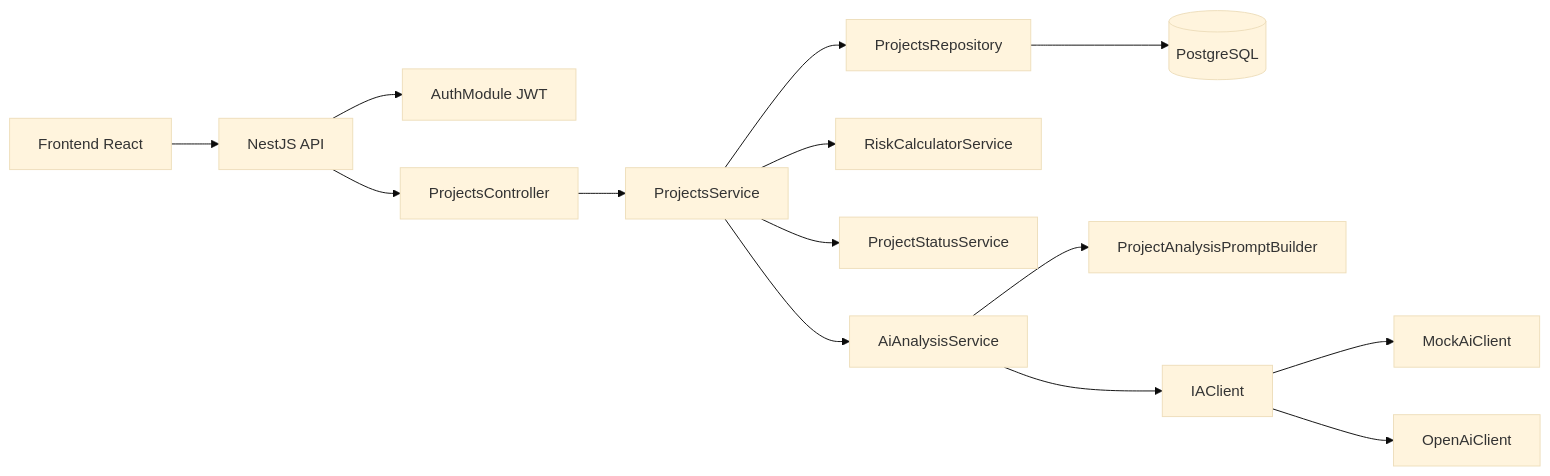
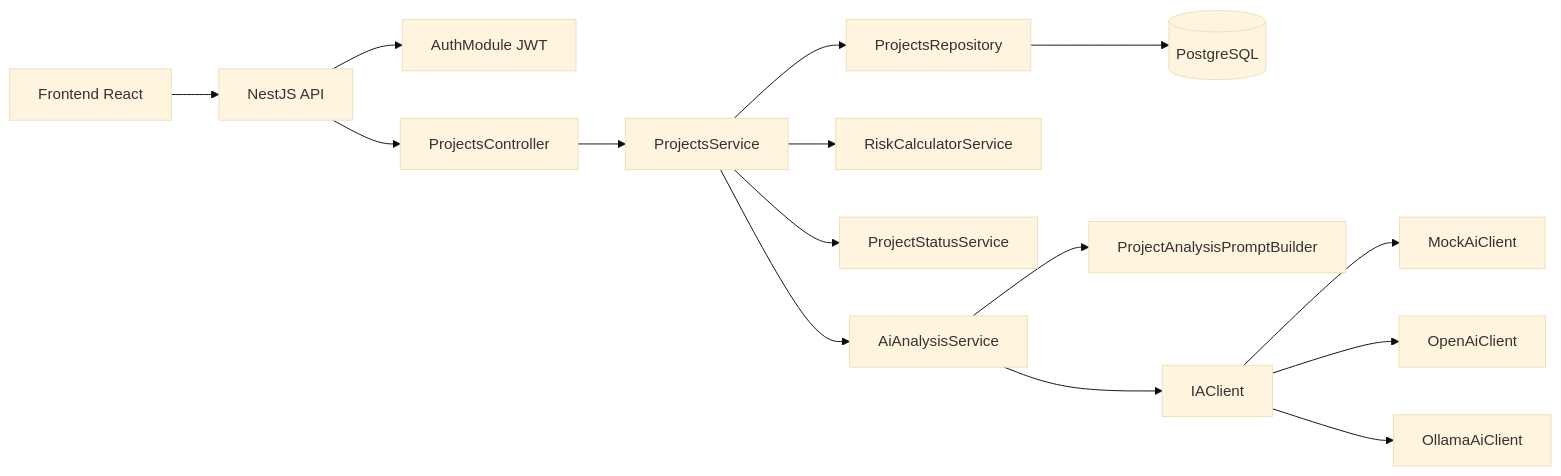
Before and after one commit to joubertgruna/ProjectFlow: the diagram in README.md, drawn with Mermaid (base theme). The commit also changed other lines of this file and 8 other files, not shown here.

````diff
--- a/README.md
+++ b/README.md
@@ -13,16 +13,17 @@
 ```mermaid
 flowchart LR
   UI[Frontend React] --> API[NestJS API]
   API --> Auth[AuthModule JWT]
   API --> Controller[ProjectsController]
   Controller --> Service[ProjectsService]
   Service --> Repo[ProjectsRepository]
   Repo --> DB[(PostgreSQL)]
   Service --> Risk[RiskCalculatorService]
   Service --> Status[ProjectStatusService]
   Service --> AI[AiAnalysisService]
   AI --> Prompt[ProjectAnalysisPromptBuilder]
   AI --> Client[IAClient]
   Client --> Mock[MockAiClient]
   Client --> OpenAI[OpenAiClient]
+  Client --> Ollama[OllamaAiClient]
 ```
````
